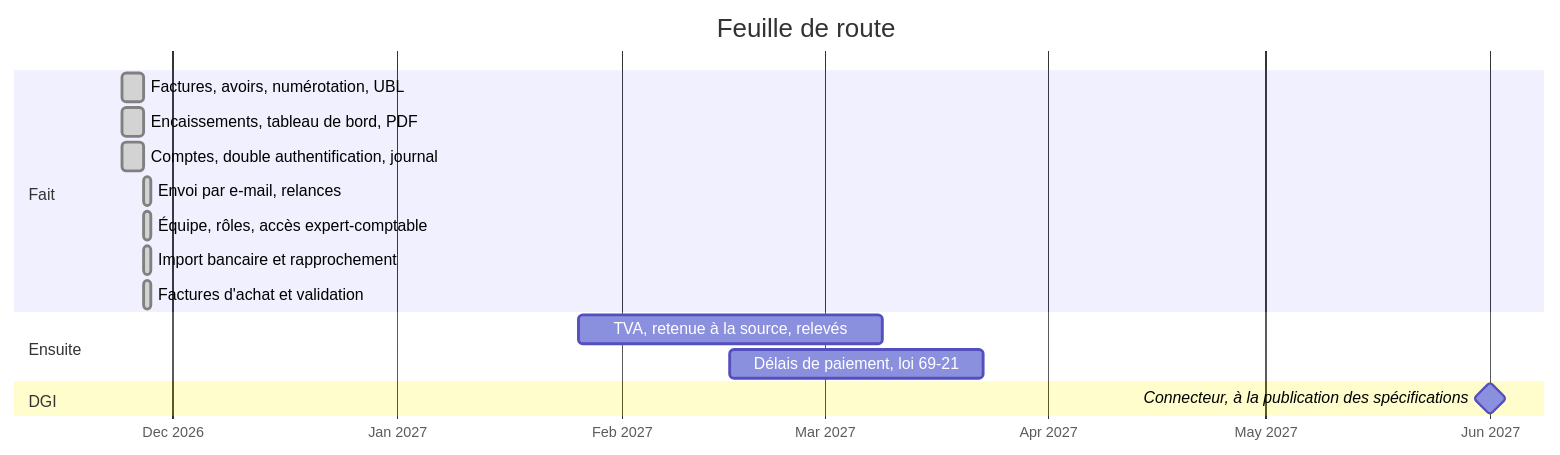
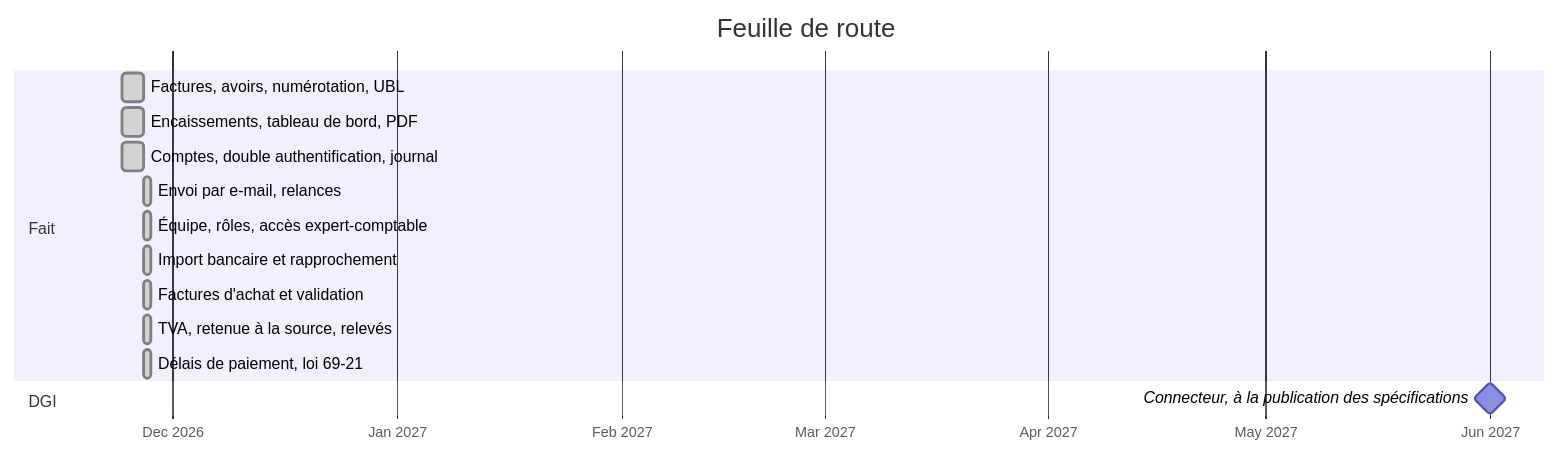
One commit to abderrahimghazali/tabaa changed the fourth of 4 diagrams in README.md. Above: the diagram before and after it, drawn with Mermaid. The commit also changed other lines of this file and 35 other files, not shown here.

````diff
--- a/README.md
+++ b/README.md
@@ -232,19 +251,18 @@
 ```mermaid
 gantt
     title Feuille de route
     dateFormat YYYY-MM-DD
     axisFormat %b %Y
     section Fait
     Factures, avoirs, numérotation, UBL      :done, 2026-11-24, 3d
     Encaissements, tableau de bord, PDF      :done, 2026-11-24, 3d
     Comptes, double authentification, journal :done, 2026-11-24, 3d
     Envoi par e-mail, relances               :done, 2026-11-27, 1d
     Équipe, rôles, accès expert-comptable    :done, 2026-11-27, 1d
     Import bancaire et rapprochement         :done, 2026-11-27, 1d
     Factures d'achat et validation           :done, 2026-11-27, 1d
-    section Ensuite
-    TVA, retenue à la source, relevés        :2027-01-26, 6w
-    Délais de paiement, loi 69-21            :2027-02-16, 5w
+    TVA, retenue à la source, relevés        :done, 2026-11-27, 1d
+    Délais de paiement, loi 69-21            :done, 2026-11-27, 1d
     section DGI
     Connecteur, à la publication des spécifications :milestone, 2027-06-01, 0d
 ```
````
